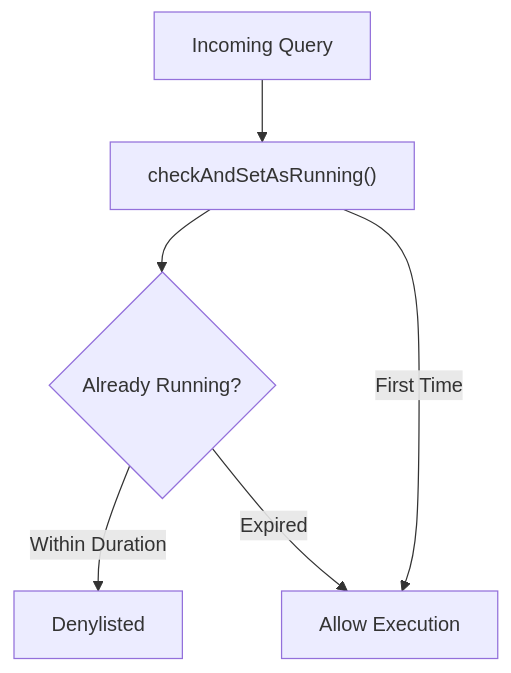
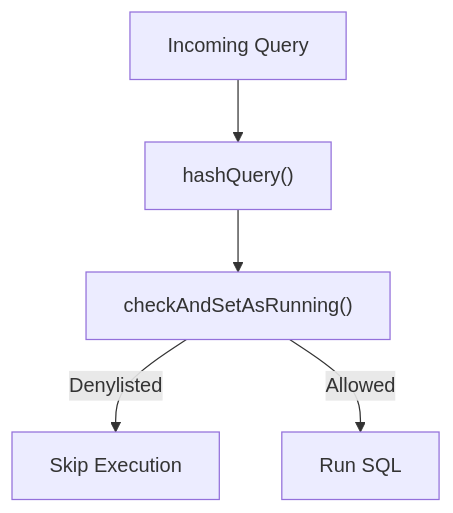
Before and after one commit to flamingo-stack/osquery: the sixth of 9 diagrams in docs/reference/architecture/distributed-querying/distributed-querying.md, drawn with Mermaid. The commit also changed other lines of this file and 388 other files, not shown here.

````diff
--- a/docs/reference/architecture/distributed-querying/distributed-querying.md
+++ b/docs/reference/architecture/distributed-querying/distributed-querying.md
@@ -170,8 +248,7 @@
 ```mermaid
 flowchart TD
-    Incoming["Incoming Query"] --> Check["checkAndSetAsRunning()"]
-    Check --> Running{"Already Running?"}
-    Running -->|"Within Duration"| Block["Denylisted"]
-    Running -->|"Expired"| Allow["Allow Execution"]
-    Check -->|"First Time"| Allow
+    Incoming["Incoming Query"] --> Hash["hashQuery()"]
+    Hash --> Check["checkAndSetAsRunning()"]
+    Check -->|"Denylisted"| Skip["Skip Execution"]
+    Check -->|"Allowed"| Execute["Run SQL"]
 ```
````
